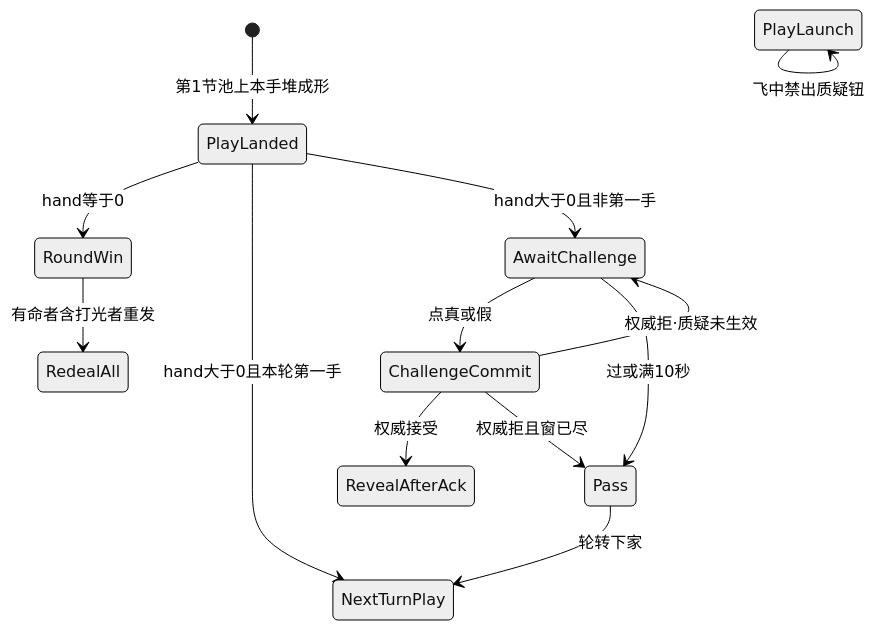
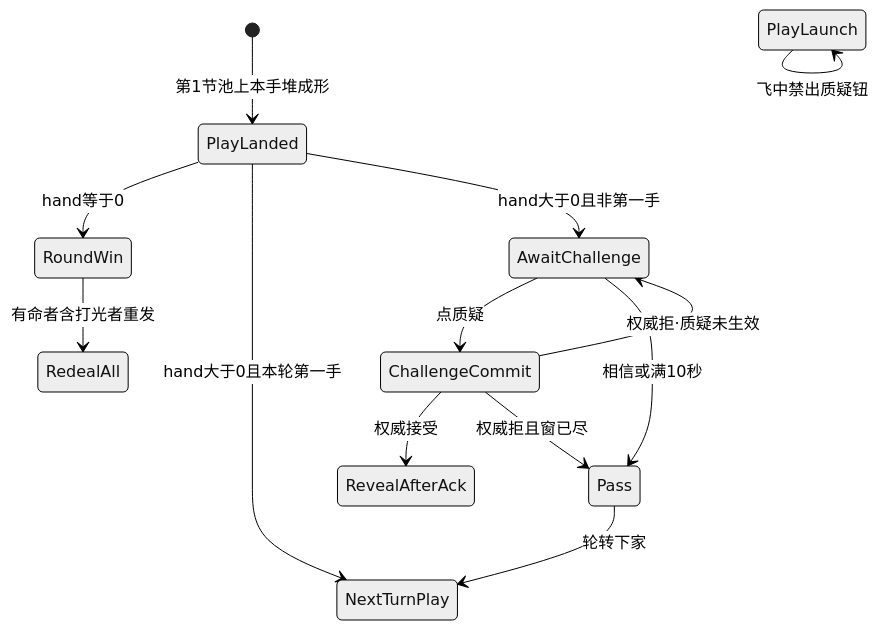
The diagram in docs/02-游戏设计/质疑入口-状态机.md (xubin0903/LiarBar), drawn with Mermaid (neutral theme) before and after one commit. The commit also changed other lines of this file and 6 other files, not shown here.

````diff
--- a/docs/02-游戏设计/质疑入口-状态机.md
+++ b/docs/02-游戏设计/质疑入口-状态机.md
@@ -103,15 +131,15 @@
 ```mermaid
 stateDiagram-v2
   [*] --> PlayLanded: 第1节池上本手堆成形
   PlayLanded --> RoundWin: hand等于0
   RoundWin --> RedealAll: 有命者含打光者重发
   PlayLanded --> NextTurnPlay: hand大于0且本轮第一手
   PlayLanded --> AwaitChallenge: hand大于0且非第一手
-  AwaitChallenge --> ChallengeCommit: 点真或假
-  AwaitChallenge --> Pass: 过或满10秒
+  AwaitChallenge --> ChallengeCommit: 点质疑
+  AwaitChallenge --> Pass: 相信或满10秒
   ChallengeCommit --> RevealAfterAck: 权威接受
   ChallengeCommit --> AwaitChallenge: 权威拒·质疑未生效
   ChallengeCommit --> Pass: 权威拒且窗已尽
   Pass --> NextTurnPlay: 轮转下家
   PlayLaunch --> PlayLaunch: 飞中禁出质疑钮
 ```
````
